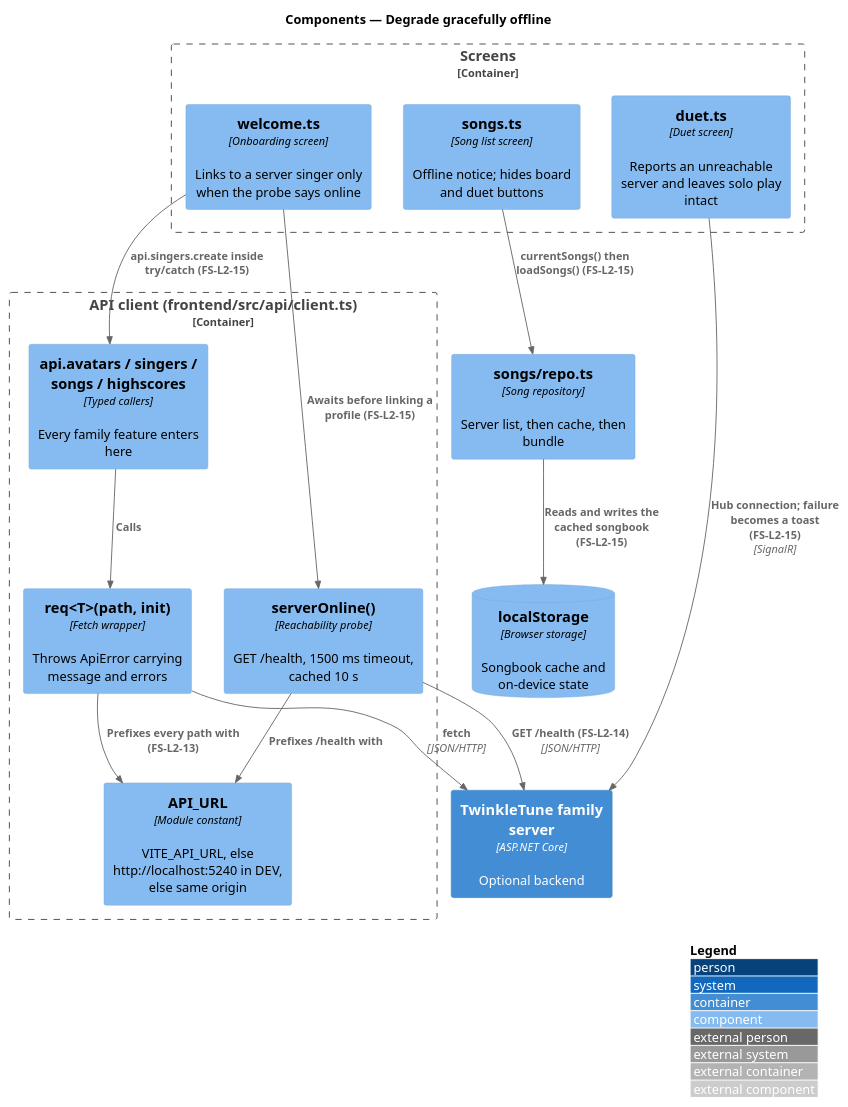
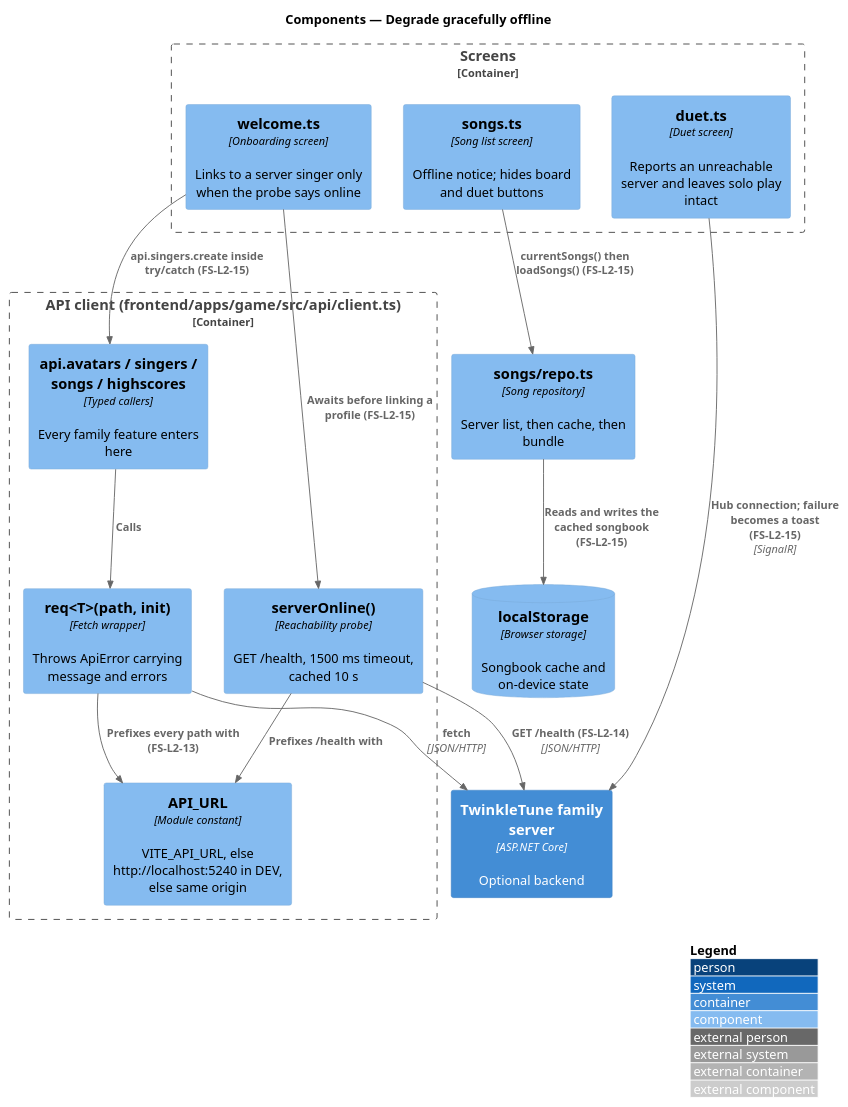
One commit to QuinntyneBrown/TwinkleTune changed the diagram in docs/detailed-designs/family-server-platform/degrade-gracefully-offline/diagrams/c4-component.puml. Above: the diagram before and after it, drawn with PlantUML. The commit also changed 105 other files, not shown here.

```diff
--- a/docs/detailed-designs/family-server-platform/degrade-gracefully-offline/diagrams/c4-component.puml
+++ b/docs/detailed-designs/family-server-platform/degrade-gracefully-offline/diagrams/c4-component.puml
@@ -1,31 +1,31 @@
 @startuml
 !include <C4/C4_Component>
 LAYOUT_WITH_LEGEND()
 title Components — Degrade gracefully offline
 
-Container_Boundary(client, "API client (frontend/src/api/client.ts)") {
+Container_Boundary(client, "API client (frontend/apps/game/src/api/client.ts)") {
   Component(url, "API_URL", "Module constant", "VITE_API_URL, else http://localhost:5240 in DEV, else same origin")
   Component(req, "req<T>(path, init)", "Fetch wrapper", "Throws ApiError carrying message and errors")
   Component(probe, "serverOnline()", "Reachability probe", "GET /health, 1500 ms timeout, cached 10 s")
   Component(surface, "api.avatars / singers / songs / highscores", "Typed callers", "Every family feature enters here")
 }
 Container_Boundary(screens, "Screens") {
   Component(welcome, "welcome.ts", "Onboarding screen", "Links to a server singer only when the probe says online")
   Component(songsScreen, "songs.ts", "Song list screen", "Offline notice; hides board and duet buttons")
   Component(duetScreen, "duet.ts", "Duet screen", "Reports an unreachable server and leaves solo play intact")
 }
 Component(repo, "songs/repo.ts", "Song repository", "Server list, then cache, then bundle")
 ComponentDb(cacheDb, "localStorage", "Browser storage", "Songbook cache and on-device state")
 Container(server, "TwinkleTune family server", "ASP.NET Core", "Optional backend")
 
 Rel(req, url, "Prefixes every path with (FS-L2-13)")
 Rel(probe, url, "Prefixes /health with")
 Rel(surface, req, "Calls")
 Rel(req, server, "fetch", "JSON/HTTP")
 Rel(probe, server, "GET /health (FS-L2-14)", "JSON/HTTP")
 Rel(welcome, probe, "Awaits before linking a profile (FS-L2-15)")
 Rel(welcome, surface, "api.singers.create inside try/catch (FS-L2-15)")
 Rel(songsScreen, repo, "currentSongs() then loadSongs() (FS-L2-15)")
 Rel(duetScreen, server, "Hub connection; failure becomes a toast (FS-L2-15)", "SignalR")
 Rel(repo, cacheDb, "Reads and writes the cached songbook (FS-L2-15)")
 @enduml
```
